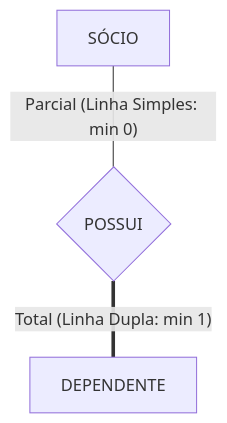
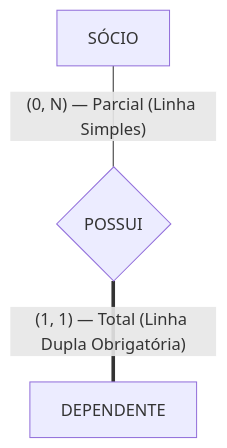
One commit to leorruas/puc changed the fifth of 7 diagrams in 02. Modelagem de Dados/06. Modelagem de relacionamentos, cardinalidade e restrições de participação.md. Above: the diagram before and after it, drawn with Mermaid. The commit also changed other lines of this file, not shown here.

````diff
--- a/02. Modelagem de Dados/06. Modelagem de relacionamentos, cardinalidade e restrições de participação.md
+++ b/02. Modelagem de Dados/06. Modelagem de relacionamentos, cardinalidade e restrições de participação.md
@@ -167,9 +155,5 @@
 ```mermaid
 flowchart TD
-    SocioClube["SÓCIO"]
-    RelVinc{"POSSUI"}
-    DepClube["DEPENDENTE"]
-
-    SocioClube ---|"Parcial (Linha Simples: min 0)"| RelVinc
-    RelVinc ===|"Total (Linha Dupla: min 1)"| DepClube
+    SocioClube["SÓCIO"] ---|"(0, N) — Parcial (Linha Simples)"| RelVinc{"POSSUI"}
+    RelVinc ===|"(1, 1) — Total (Linha Dupla Obrigatória)"| DepClube["DEPENDENTE"]
 ```
````
